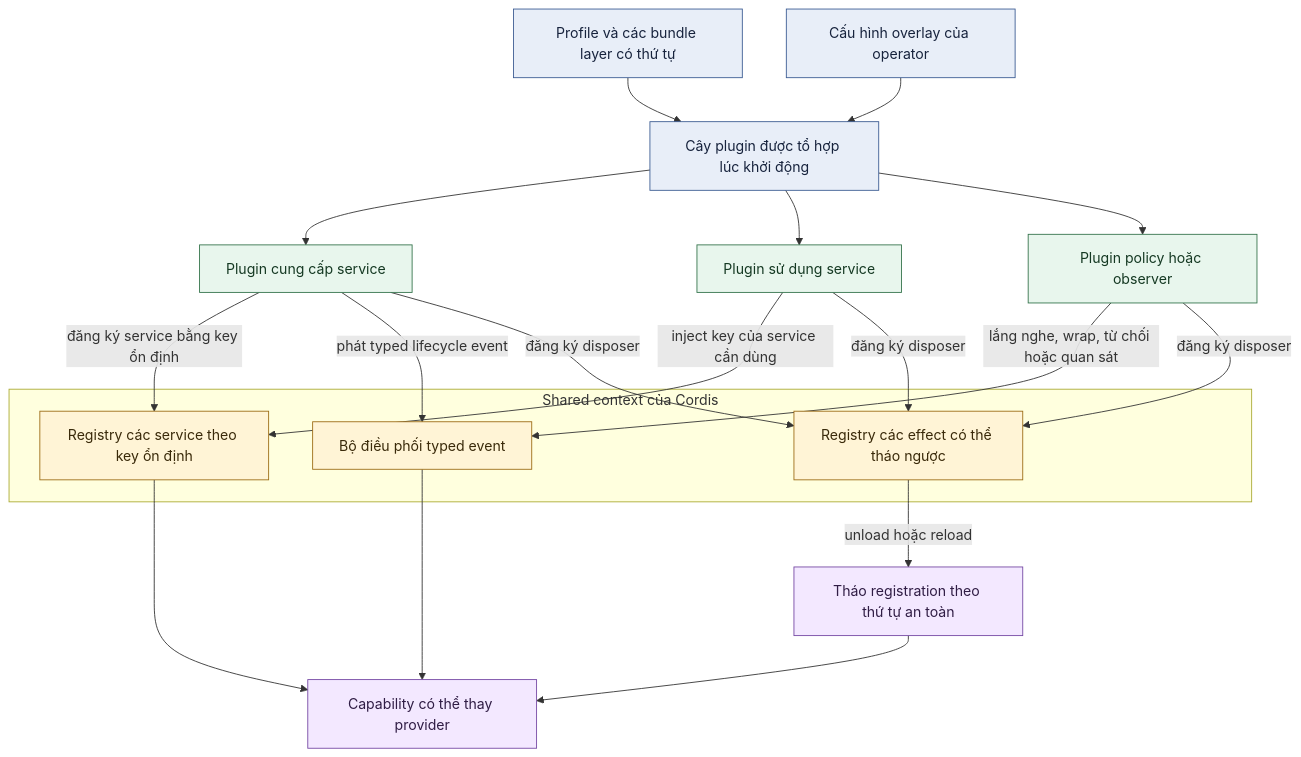
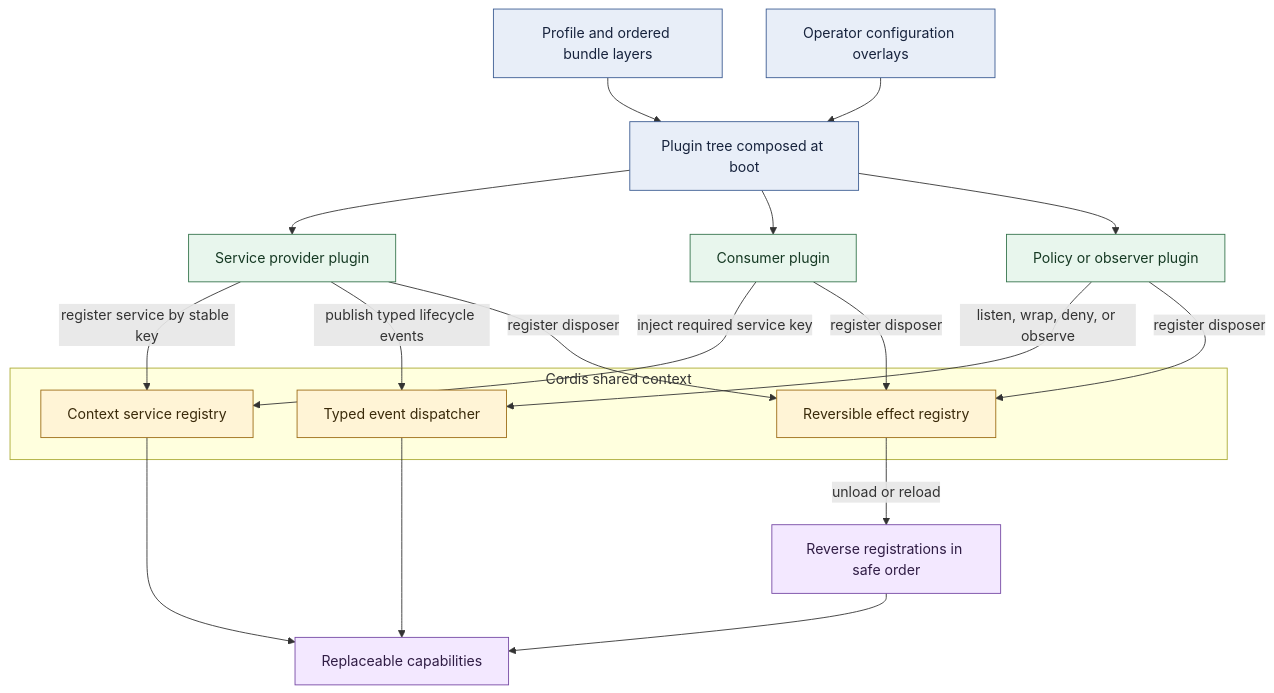
Before and after one commit to fishperson113/agent-native-cms: the first of 5 diagrams in docs/future/architecture-diagrams.md, drawn with Mermaid. The commit also changed other lines of this file, not shown here.

Commit message:
docs: use English labels in architecture diagrams

````diff
--- a/docs/future/architecture-diagrams.md
+++ b/docs/future/architecture-diagrams.md
@@ -17,38 +17,38 @@
 ```mermaid
 flowchart TB
-  Profile["Profile và các bundle layer có thứ tự"] --> Tree["Cây plugin được tổ hợp lúc khởi động"]
-  Overlay["Cấu hình overlay của operator"] --> Tree
+  Profile["Profile and ordered bundle layers"] --> Tree["Plugin tree composed at boot"]
+  Overlay["Operator configuration overlays"] --> Tree
 
-  subgraph Cordis["Shared context của Cordis"]
-    Context["Registry các service theo key ổn định"]
-    Events["Bộ điều phối typed event"]
-    Effects["Registry các effect có thể tháo ngược"]
+  subgraph Cordis["Cordis shared context"]
+    Context["Context service registry"]
+    Events["Typed event dispatcher"]
+    Effects["Reversible effect registry"]
   end
 
-  Tree --> PluginA["Plugin cung cấp service"]
-  Tree --> PluginB["Plugin sử dụng service"]
-  Tree --> PluginC["Plugin policy hoặc observer"]
+  Tree --> PluginA["Service provider plugin"]
+  Tree --> PluginB["Consumer plugin"]
+  Tree --> PluginC["Policy or observer plugin"]
 
-  PluginA -->|"đăng ký service bằng key ổn định"| Context
-  PluginB -->|"inject key của service cần dùng"| Context
-  PluginC -->|"lắng nghe, wrap, từ chối hoặc quan sát"| Events
-  PluginA -->|"phát typed lifecycle event"| Events
+  PluginA -->|"register service by stable key"| Context
+  PluginB -->|"inject required service key"| Context
+  PluginC -->|"listen, wrap, deny, or observe"| Events
+  PluginA -->|"publish typed lifecycle events"| Events
 
-  PluginA -->|"đăng ký disposer"| Effects
-  PluginB -->|"đăng ký disposer"| Effects
-  PluginC -->|"đăng ký disposer"| Effects
-  Effects -->|"unload hoặc reload"| Dispose["Tháo registration theo thứ tự an toàn"]
+  PluginA -->|"register disposer"| Effects
+  PluginB -->|"register disposer"| Effects
+  PluginC -->|"register disposer"| Effects
+  Effects -->|"unload or reload"| Dispose["Reverse registrations in safe order"]
 
-  Context --> Result["Capability có thể thay provider"]
+  Context --> Result["Replaceable capabilities"]
   Events --> Result
   Dispose --> Result
 
   classDef composition fill:#e8eef8,stroke:#3b5b92,color:#17233d
   classDef core fill:#fff4d6,stroke:#9c6b15,color:#3a2a0a
   classDef plugin fill:#e8f6ed,stroke:#34734b,color:#153923
   classDef outcome fill:#f3e8ff,stroke:#7447a3,color:#301d45
   class Profile,Overlay,Tree composition
   class Context,Events,Effects core
   class PluginA,PluginB,PluginC plugin
   class Dispose,Result outcome
 ```
````
